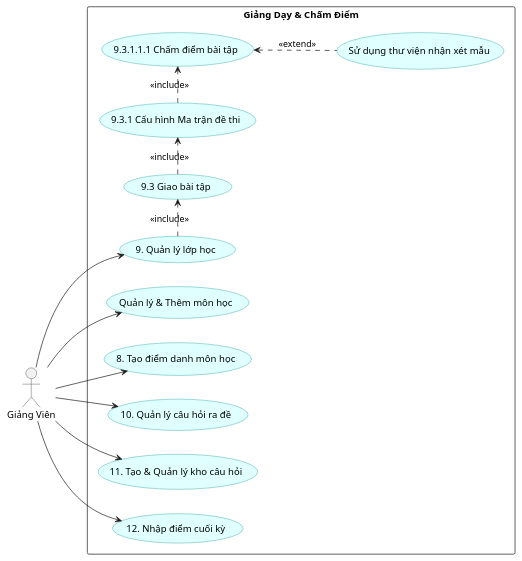
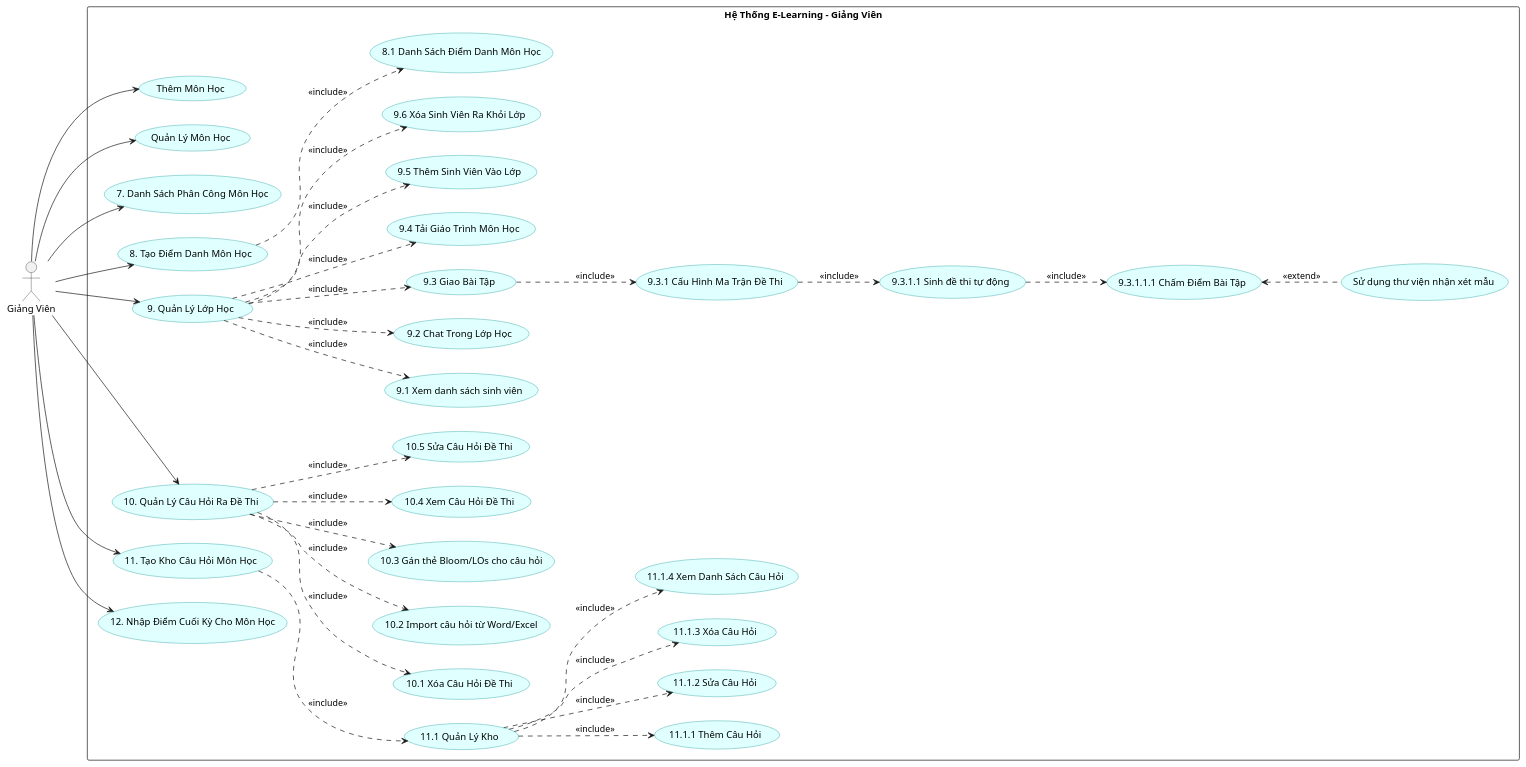
The diagram in eureka-server/eureka-server/src/main/java/hcmuaf/edu/vn/fit/rubric/plantUML/TeacherUserCase.puml (thanhthanh123vn/Rubric_Thanh_Duc_2025_2026), drawn with PlantUML before and after one commit. The commit also changed 22 other files, not shown here.

```diff
--- a/eureka-server/eureka-server/src/main/java/hcmuaf/edu/vn/fit/rubric/plantUML/TeacherUserCase.puml
+++ b/eureka-server/eureka-server/src/main/java/hcmuaf/edu/vn/fit/rubric/plantUML/TeacherUserCase.puml
@@ -1,39 +1,100 @@
 @startuml
 left to right direction
+
 skinparam packageStyle rectangle
 skinparam usecase {
-  BackgroundColor LightCyan
-  BorderColor DarkCyan
+    BackgroundColor LightCyan
+    BorderColor DarkCyan
 }
 
 actor "Giảng Viên" as Teacher
 
-package "Giảng Dạy & Chấm Điểm" {
-  usecase "Quản lý & Thêm môn học" as UC_Subject
+package "Hệ Thống E-Learning - Giảng Viên" {
 
-  usecase "8. Tạo điểm danh môn học" as UC_Attend
+    usecase "Thêm Môn Học" as UC_AddCourse
+    usecase "Quản Lý Môn Học" as UC_ManageCourse
+    usecase "7. Danh Sách Phân Công Môn Học" as UC_AssignedCourses
 
-  usecase "9. Quản lý lớp học" as UC_Class
-  usecase "9.3 Giao bài tập" as UC_Assign
-  usecase "9.3.1 Cấu hình Ma trận đề thi" as UC_Matrix
-  usecase "9.3.1.1.1 Chấm điểm bài tập" as UC_Grade
-  usecase "Sử dụng thư viện nhận xét mẫu" as UC_Comment
+    ' 8. Điểm danh
+    usecase "8. Tạo Điểm Danh Môn Học" as UC_CreateAttendance
+    usecase "8.1 Danh Sách Điểm Danh Môn Học" as UC_AttendanceList
 
-  usecase "10. Quản lý câu hỏi ra đề" as UC_Ques
-  usecase "11. Tạo & Quản lý kho câu hỏi" as UC_Bank
-  usecase "12. Nhập điểm cuối kỳ" as UC_Final
+    ' 9. Quản lý lớp học
+    usecase "9. Quản Lý Lớp Học" as UC_ManageClass
+    usecase "9.1 Xem danh sách sinh viên" as UC_ViewStudents
+    usecase "9.2 Chat Trong Lớp Học" as UC_ClassChat
+    usecase "9.3 Giao Bài Tập" as UC_AssignWork
+    usecase "9.3.1 Cấu Hình Ma Trận Đề Thi" as UC_ConfigMatrix
+    usecase "9.3.1.1 Sinh đề thi tự động" as UC_AutoGenerateTest
+    usecase "9.3.1.1.1 Chấm Điểm Bài Tập" as UC_GradeWork
+    usecase "Sử dụng thư viện nhận xét mẫu" as UC_CommentLibrary
+    usecase "9.4 Tải Giáo Trình Môn Học" as UC_UploadMaterial
+    usecase "9.5 Thêm Sinh Viên Vào Lớp" as UC_AddStudent
+    usecase "9.6 Xóa Sinh Viên Ra Khỏi Lớp" as UC_RemoveStudent
+
+    ' 10. Quản lý câu hỏi
+    usecase "10. Quản Lý Câu Hỏi Ra Đề Thi" as UC_ManageExamQ
+    usecase "10.1 Xóa Câu Hỏi Đề Thi" as UC_DeleteExamQ
+    usecase "10.2 Import câu hỏi từ Word/Excel" as UC_ImportExamQ
+    usecase "10.3 Gán thẻ Bloom/LOs cho câu hỏi" as UC_TagExamQ
+    usecase "10.4 Xem Câu Hỏi Đề Thi" as UC_ViewExamQ
+    usecase "10.5 Sửa Câu Hỏi Đề Thi" as UC_EditExamQ
+
+    ' 11. Tạo kho câu hỏi
+    usecase "11. Tạo Kho Câu Hỏi Môn Học" as UC_CreateBank
+    usecase "11.1 Quản Lý Kho" as UC_ManageBank
+    usecase "11.1.1 Thêm Câu Hỏi" as UC_AddBankQ
+    usecase "11.1.2 Sửa Câu Hỏi" as UC_EditBankQ
+    usecase "11.1.3 Xóa Câu Hỏi" as UC_DeleteBankQ
+    usecase "11.1.4 Xem Danh Sách Câu Hỏi" as UC_ViewBankQ
+
+    ' 12. Nhập điểm
+    usecase "12. Nhập Điểm Cuối Kỳ Cho Môn Học" as UC_EnterFinalGrades
 }
 
-Teacher --> UC_Subject
-Teacher --> UC_Attend
-Teacher --> UC_Class
+'========================
+' Liên kết Actor với các Use Case chính (Cấp 1)
+'========================
+Teacher --> UC_AddCourse
+Teacher --> UC_ManageCourse
+Teacher --> UC_AssignedCourses
+Teacher --> UC_CreateAttendance
+Teacher --> UC_ManageClass
+Teacher --> UC_ManageExamQ
+Teacher --> UC_CreateBank
+Teacher --> UC_EnterFinalGrades
 
-UC_Class .> UC_Assign : <<include>>
-UC_Assign .> UC_Matrix : <<include>>
-UC_Matrix .> UC_Grade : <<include>>
-UC_Grade <.. UC_Comment : <<extend>>
+'========================
+' Các Use Case con (Sử dụng ..> để đẩy dần sang phải)
+'========================
+UC_CreateAttendance ..> UC_AttendanceList : <<include>>
 
-Teacher --> UC_Ques
-Teacher --> UC_Bank
-Teacher --> UC_Final
+UC_ManageClass ..> UC_ViewStudents : <<include>>
+UC_ManageClass ..> UC_ClassChat : <<include>>
+UC_ManageClass ..> UC_UploadMaterial : <<include>>
+UC_ManageClass ..> UC_AddStudent : <<include>>
+UC_ManageClass ..> UC_RemoveStudent : <<include>>
+UC_ManageClass ..> UC_AssignWork : <<include>>
+
+' Luồng Giao bài tập
+UC_AssignWork ..> UC_ConfigMatrix : <<include>>
+UC_ConfigMatrix ..> UC_AutoGenerateTest : <<include>>
+UC_AutoGenerateTest ..> UC_GradeWork : <<include>>
+' Dùng <.. cho extend để Thư viện nhận xét nằm ở bên phải của quá trình Chấm điểm
+UC_GradeWork <.. UC_CommentLibrary : <<extend>>
+
+' Quản lý câu hỏi thi
+UC_ManageExamQ ..> UC_DeleteExamQ : <<include>>
+UC_ManageExamQ ..> UC_ImportExamQ : <<include>>
+UC_ManageExamQ ..> UC_TagExamQ : <<include>>
+UC_ManageExamQ ..> UC_ViewExamQ : <<include>>
+UC_ManageExamQ ..> UC_EditExamQ : <<include>>
+
+' Quản lý kho câu hỏi
+UC_CreateBank ..> UC_ManageBank : <<include>>
+UC_ManageBank ..> UC_AddBankQ : <<include>>
+UC_ManageBank ..> UC_EditBankQ : <<include>>
+UC_ManageBank ..> UC_DeleteBankQ : <<include>>
+UC_ManageBank ..> UC_ViewBankQ : <<include>>
+
 @enduml
```
